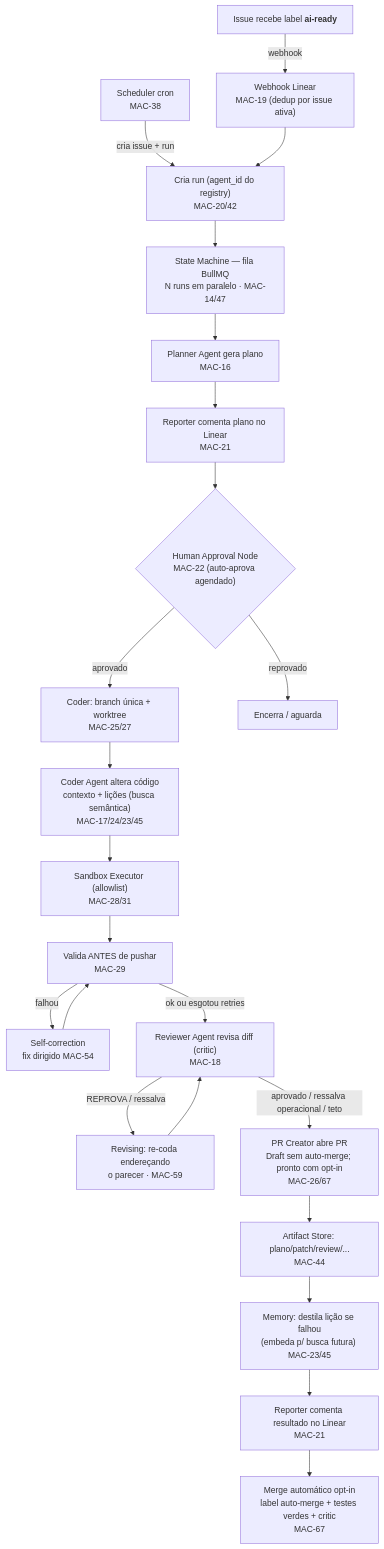
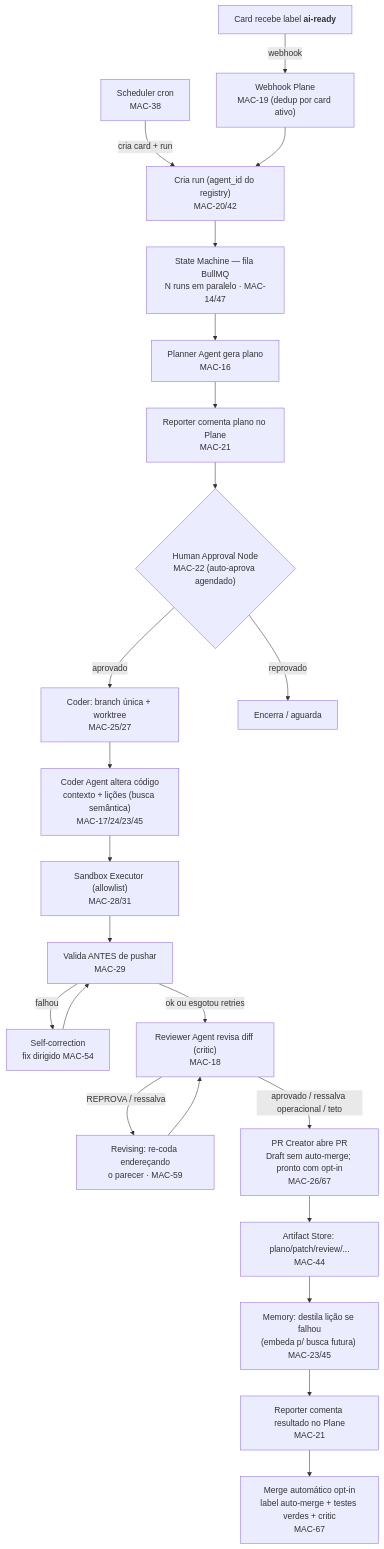
The second of 2 diagrams in docs/ARCHITECTURE.md (raniellimontagna/agent-platform), drawn with Mermaid before and after one commit. The commit also changed other lines of this file and 8 other files, not shown here.

````diff
--- a/docs/ARCHITECTURE.md
+++ b/docs/ARCHITECTURE.md
@@ -55,25 +60,25 @@
 ```mermaid
 flowchart TD
-  A["Issue recebe label <b>ai-ready</b>"] -->|webhook| B["Webhook Linear<br/>MAC-19 (dedup por issue ativa)"]
-  SCHED["Scheduler cron<br/>MAC-38"] -->|cria issue + run| C
+  A["Card recebe label <b>ai-ready</b>"] -->|webhook| B["Webhook Plane<br/>MAC-19 (dedup por card ativo)"]
+  SCHED["Scheduler cron<br/>MAC-38"] -->|cria card + run| C
   B --> C["Cria run (agent_id do registry)<br/>MAC-20/42"]
   C --> D["State Machine — fila BullMQ<br/>N runs em paralelo · MAC-14/47"]
   D --> E["Planner Agent gera plano<br/>MAC-16"]
-  E --> F["Reporter comenta plano no Linear<br/>MAC-21"]
+  E --> F["Reporter comenta plano no Plane<br/>MAC-21"]
   F --> G{"Human Approval Node<br/>MAC-22 (auto-aprova agendado)"}
   G -->|aprovado| H["Coder: branch única + worktree<br/>MAC-25/27"]
   G -->|reprovado| Z["Encerra / aguarda"]
   H --> J["Coder Agent altera código<br/>contexto + lições (busca semântica)<br/>MAC-17/24/23/45"]
   J --> K["Sandbox Executor (allowlist)<br/>MAC-28/31"]
   K --> L["Valida ANTES de pushar<br/>MAC-29"]
   L -->|"falhou"| FX["Self-correction<br/>fix dirigido MAC-54"]
   FX --> L
   L -->|"ok ou esgotou retries"| M["Reviewer Agent revisa diff (critic)<br/>MAC-18"]
   M -->|"REPROVA / ressalva"| RV["Revising: re-coda endereçando<br/>o parecer · MAC-59"]
   RV --> M
   M -->|"aprovado / ressalva operacional / teto"| N["PR Creator abre PR<br/>Draft sem auto-merge; pronto com opt-in<br/>MAC-26/67"]
   N --> AR["Artifact Store: plano/patch/review/...<br/>MAC-44"]
   AR --> Q["Memory: destila lição se falhou<br/>(embeda p/ busca futura) MAC-23/45"]
-  Q --> O["Reporter comenta resultado no Linear<br/>MAC-21"]
+  Q --> O["Reporter comenta resultado no Plane<br/>MAC-21"]
   O --> P["Merge automático opt-in<br/>label auto-merge + testes verdes + critic<br/>MAC-67"]
 ```
````
